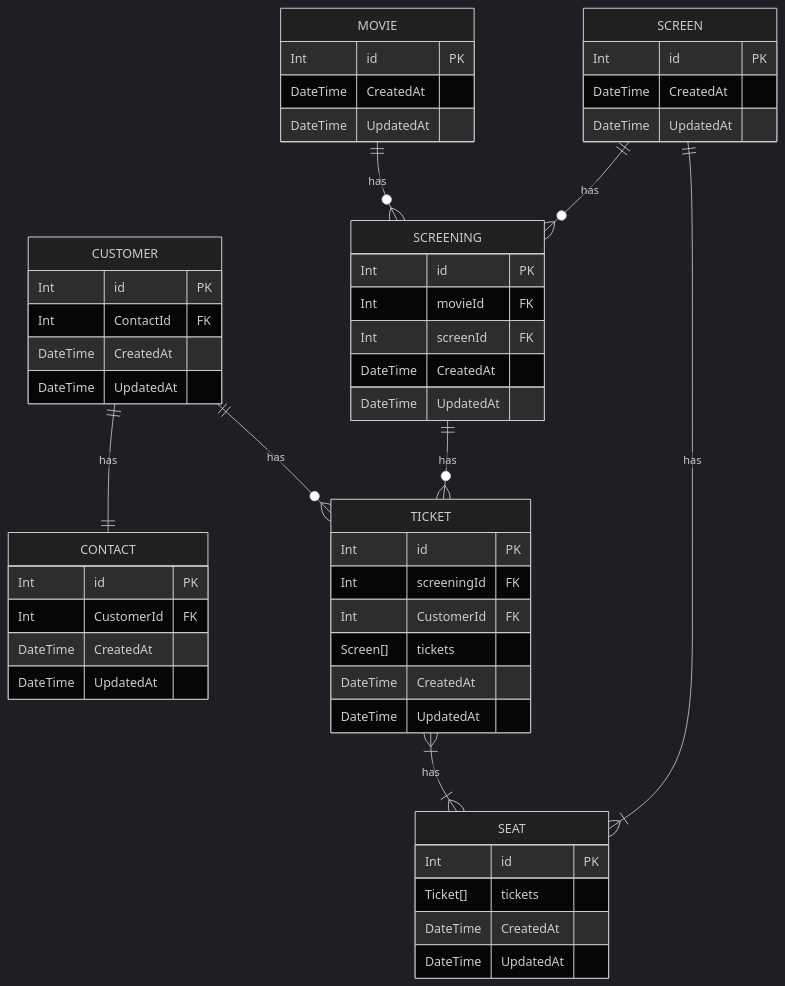
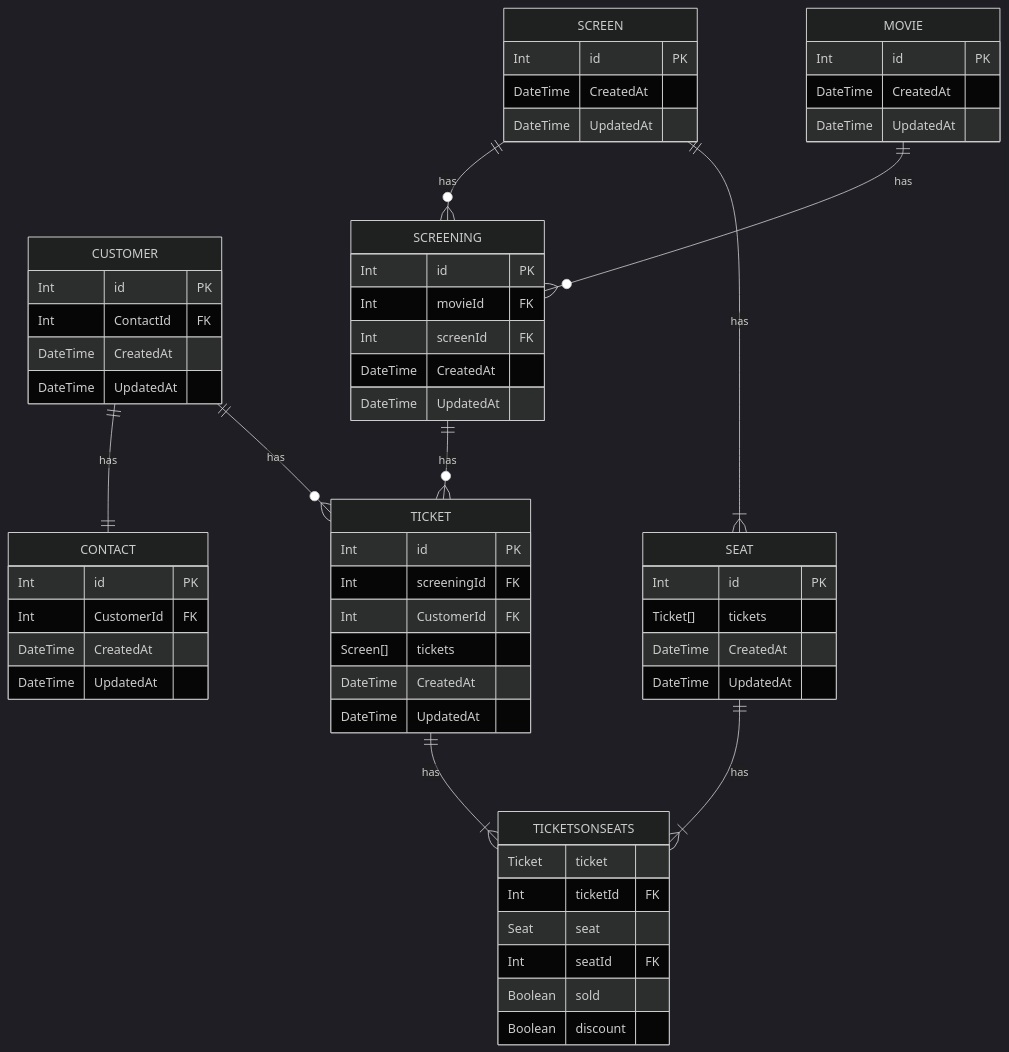
One commit to boolean-uk/database-cinema-booking-api-many-to-many changed the diagram in erd.md. Above: the diagram before and after it, drawn with Mermaid (dark theme).

Commit message:
docs: update ERD to include explicit m:n

````diff
--- a/erd.md
+++ b/erd.md
@@ -3,56 +3,65 @@
 ```mermaid
 
 erDiagram
     CUSTOMER ||--|| CONTACT : has
     SCREEN ||--o{  SCREENING : has 
     MOVIE ||--o{  SCREENING : has 
     SCREEN ||--|{  SEAT : has 
     SCREENING ||--o{ TICKET : has 
     CUSTOMER ||--o{ TICKET : has 
-    TICKET }|--|{  SEAT : has 
+    TICKET ||--|{  TICKETSONSEATS : has 
+    SEAT||--|{ TICKETSONSEATS : has 
 
     CUSTOMER {
         Int id PK
         Int ContactId FK
         DateTime CreatedAt         
         DateTime UpdatedAt 
     }
     CONTACT {
         Int id PK
         Int CustomerId FK
         DateTime CreatedAt         
         DateTime UpdatedAt 
     }
     SCREENING {
         Int id PK
         Int movieId FK
         Int screenId FK
         DateTime CreatedAt         
         DateTime UpdatedAt 
     }
     SCREEN {
         Int id PK
         DateTime CreatedAt         
         DateTime UpdatedAt 
     }
     MOVIE {
         Int id PK
         DateTime CreatedAt         
         DateTime UpdatedAt 
     }
     TICKET {
         Int id PK
         Int screeningId FK
         Int CustomerId FK
         Screen[] tickets 
         DateTime CreatedAt         
         DateTime UpdatedAt 
     }
     SEAT {
         Int id PK
         Ticket[] tickets 
         DateTime CreatedAt         
         DateTime UpdatedAt 
     }
+    TICKETSONSEATS {
+        Ticket  ticket 
+        Int     ticketId    FK 
+        Seat    seat
+        Int     seatId      FK
+        Boolean sold
+        Boolean discount
+    }
 
 ```
````
